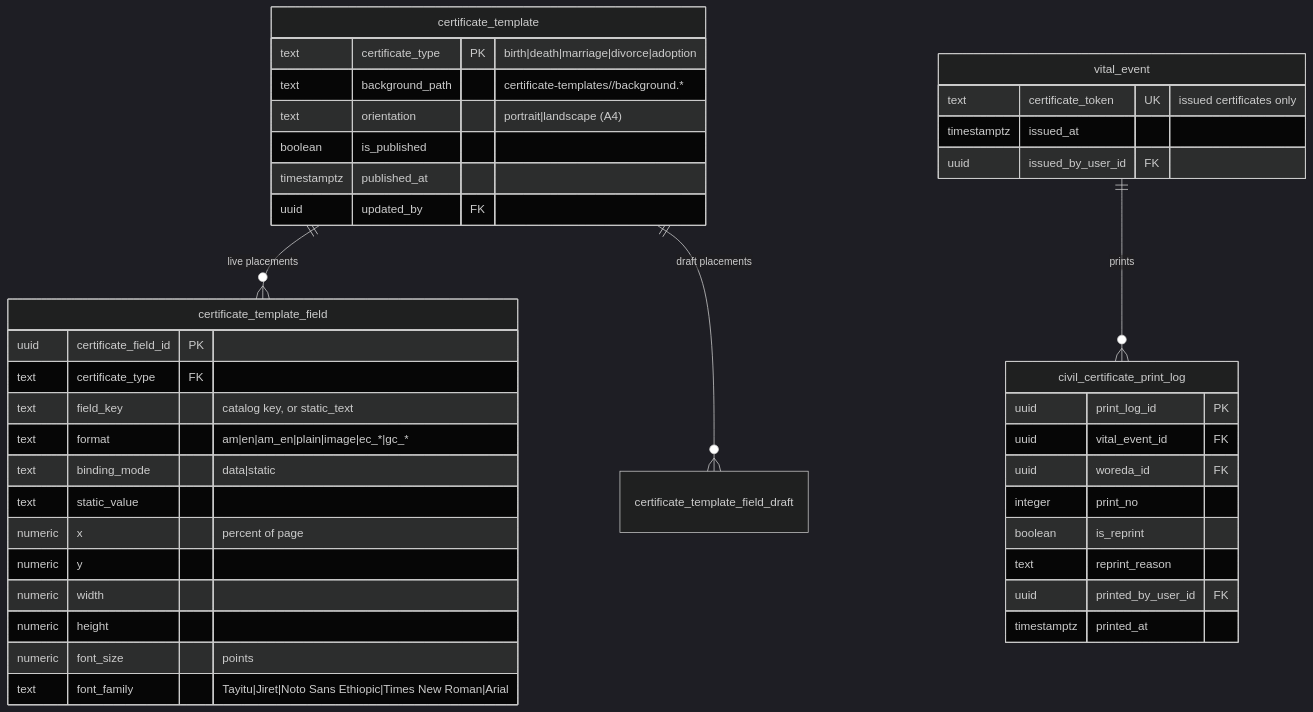
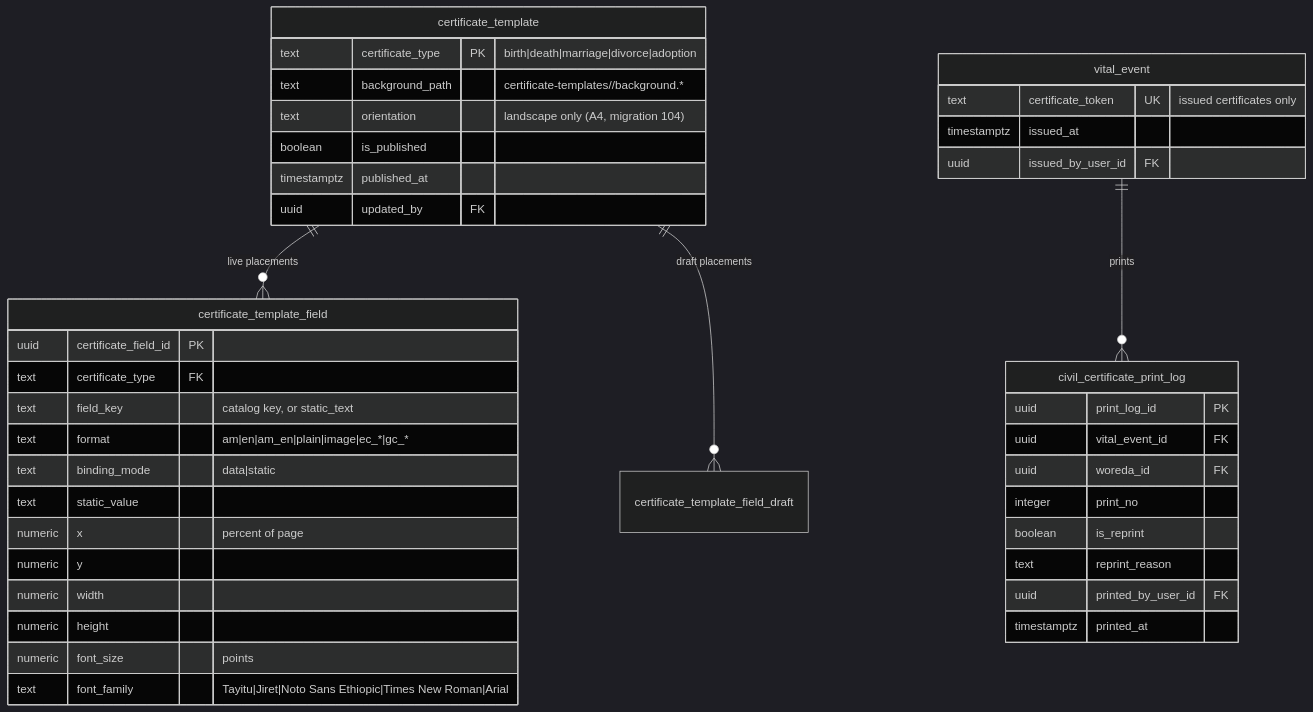
One commit to eskabdi/woredas-portal changed the third of 3 diagrams in docs/civil-certificates.md. Above: the diagram before and after it, drawn with Mermaid (dark theme). The commit also changed other lines of this file and 9 other files, not shown here.

First line of the commit message:
Certificates: A4 landscape only, print preview in the PDF viewer

````diff
--- a/docs/civil-certificates.md
+++ b/docs/civil-certificates.md
@@ -139,43 +139,43 @@
 ```mermaid
 erDiagram
   certificate_template ||--o{ certificate_template_field : "live placements"
   certificate_template ||--o{ certificate_template_field_draft : "draft placements"
   certificate_template {
     text certificate_type PK "birth|death|marriage|divorce|adoption"
     text background_path "certificate-templates/<type>/background.*"
-    text orientation "portrait|landscape (A4)"
+    text orientation "landscape only (A4, migration 104)"
     boolean is_published
     timestamptz published_at
     uuid updated_by FK
   }
   certificate_template_field {
     uuid certificate_field_id PK
     text certificate_type FK
     text field_key "catalog key, or static_text"
     text format "am|en|am_en|plain|image|ec_*|gc_*"
     text binding_mode "data|static"
     text static_value
     numeric x "percent of page"
     numeric y
     numeric width
     numeric height
     numeric font_size "points"
     text font_family "Tayitu|Jiret|Noto Sans Ethiopic|Times New Roman|Arial"
   }
   vital_event ||--o{ civil_certificate_print_log : "prints"
   vital_event {
     text certificate_token UK "issued certificates only"
     timestamptz issued_at
     uuid issued_by_user_id FK
   }
   civil_certificate_print_log {
     uuid print_log_id PK
     uuid vital_event_id FK
     uuid woreda_id FK
     integer print_no
     boolean is_reprint
     text reprint_reason
     uuid printed_by_user_id FK
     timestamptz printed_at
   }
 ```
````
